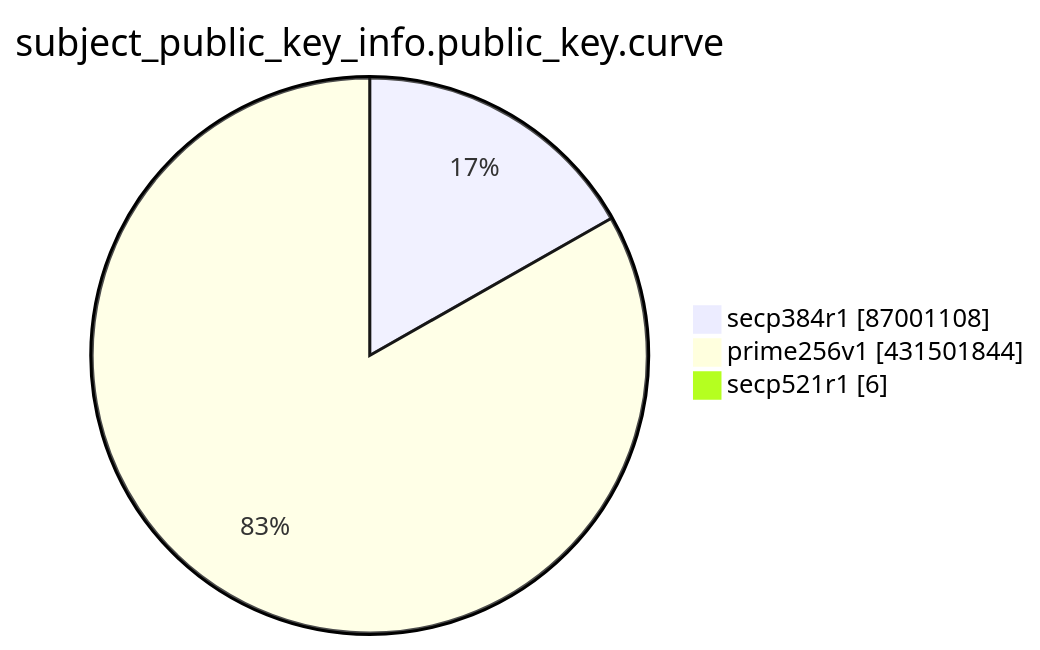
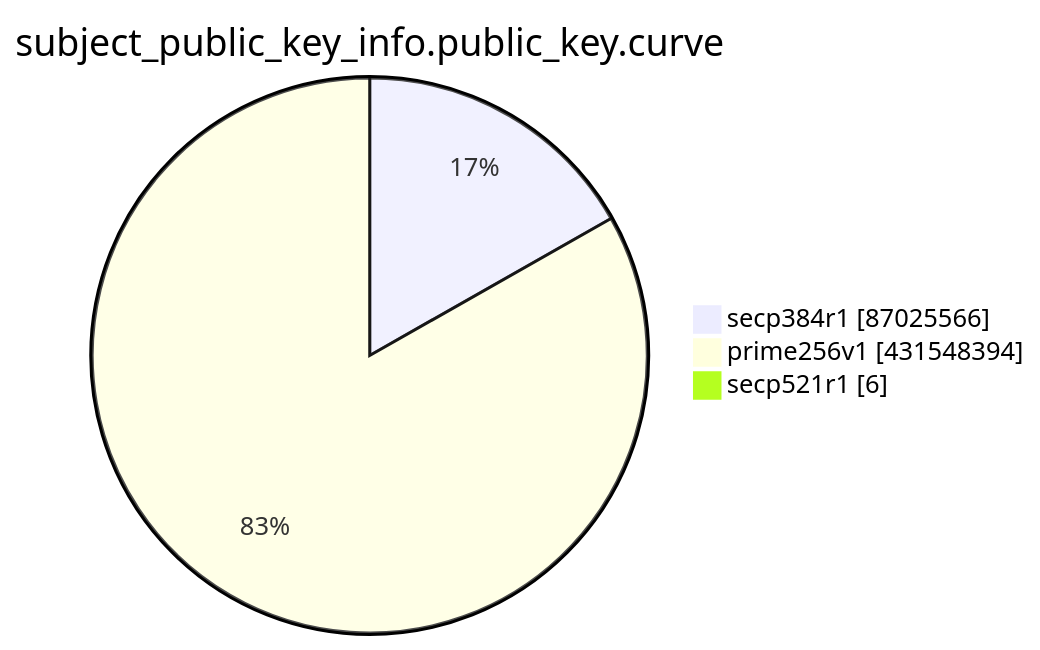
The eighth of 15 diagrams in TOTAL/README.md (christiankrug/ctmonitor_visualization), drawn with Mermaid before and after one commit. The commit also changed other lines of this file, not shown here.

````diff
--- a/TOTAL/README.md
+++ b/TOTAL/README.md
@@ -3100,7 +3100,7 @@
 ```mermaid
 pie showData
 title subject_public_key_info.public_key.curve
-"secp384r1" :87001108
-"prime256v1" :431501844
+"secp384r1" :87025566
+"prime256v1" :431548394
 "secp521r1" :6
 ```
````
